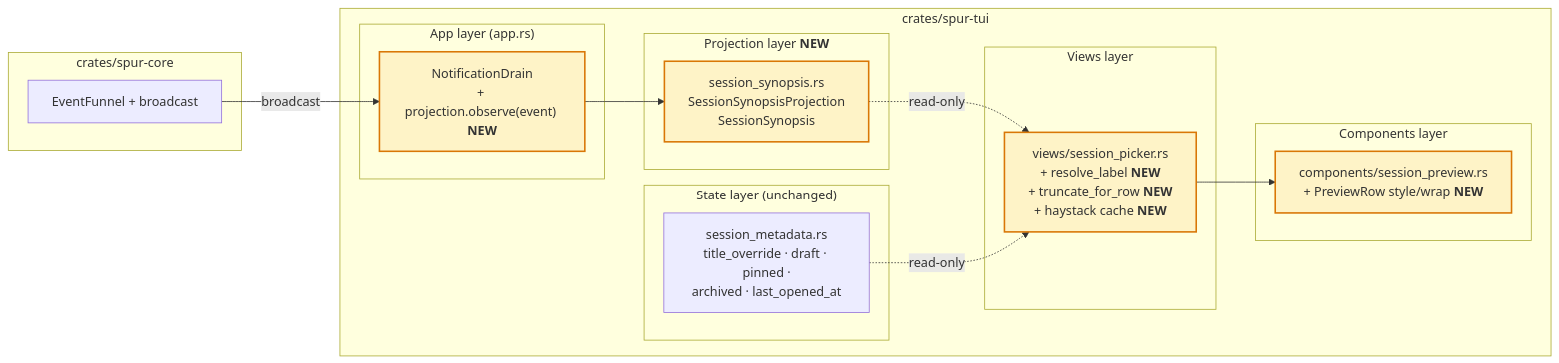
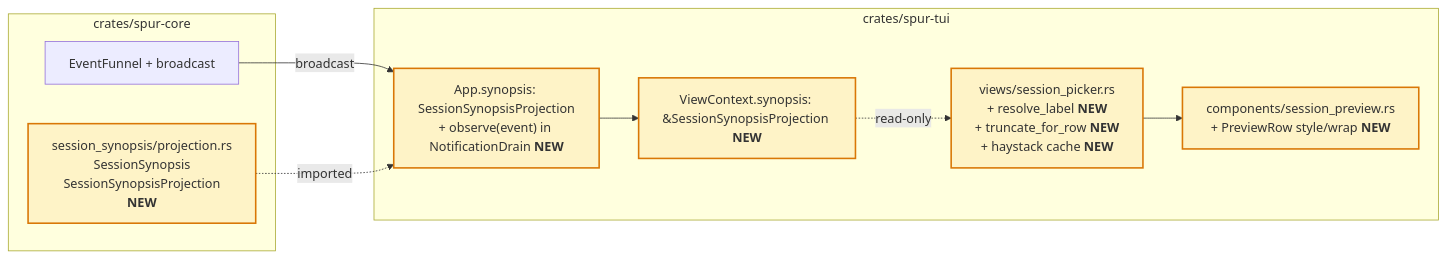
Before and after one commit to getspur/spur: the second of 2 diagrams in docs/superpowers/specs/2026-04-28-session-picker-recall-revamp-design.md, drawn with Mermaid. The commit also changed other lines of this file, not shown here.

First line of the commit message:
docs(spec): third revision — projection in core, kiro path, accumulator

````diff
--- a/docs/superpowers/specs/2026-04-28-session-picker-recall-revamp-design.md
+++ b/docs/superpowers/specs/2026-04-28-session-picker-recall-revamp-design.md
@@ -119,37 +108,23 @@
 ```mermaid
 flowchart LR
     subgraph spur_core["crates/spur-core"]
         Funnel["EventFunnel + broadcast"]
+        ProjType["session_synopsis/projection.rs<br/>SessionSynopsis<br/>SessionSynopsisProjection<br/><b>NEW</b>"]
     end
 
     subgraph spur_tui["crates/spur-tui"]
-        subgraph appLayer["App layer (app.rs)"]
-            AppPump["NotificationDrain<br/>+ projection.observe(event) <b>NEW</b>"]
-        end
-
-        subgraph projLayer["Projection layer <b>NEW</b>"]
-            Proj["session_synopsis.rs<br/>SessionSynopsisProjection<br/>SessionSynopsis"]
-        end
-
-        subgraph stateLayer["State layer (unchanged)"]
-            SM["session_metadata.rs<br/>title_override · draft · pinned ·<br/>archived · last_opened_at"]
-        end
-
-        subgraph viewsLayer["Views layer"]
-            Picker["views/session_picker.rs<br/>+ resolve_label <b>NEW</b><br/>+ truncate_for_row <b>NEW</b><br/>+ haystack cache <b>NEW</b>"]
-        end
-
-        subgraph componentsLayer["Components layer"]
-            PreviewC["components/session_preview.rs<br/>+ PreviewRow style/wrap <b>NEW</b>"]
-        end
+        App["App.synopsis: SessionSynopsisProjection<br/>+ observe&lpar;event&rpar; in NotificationDrain <b>NEW</b>"]
+        VC["ViewContext.synopsis: &SessionSynopsisProjection <b>NEW</b>"]
+        Picker["views/session_picker.rs<br/>+ resolve_label <b>NEW</b><br/>+ truncate_for_row <b>NEW</b><br/>+ haystack cache <b>NEW</b>"]
+        PreviewC["components/session_preview.rs<br/>+ PreviewRow style/wrap <b>NEW</b>"]
     end
 
-    Funnel -->|broadcast| AppPump
-    AppPump --> Proj
-    Proj -.read-only.-> Picker
-    SM -.read-only.-> Picker
+    Funnel -->|broadcast| App
+    ProjType -.imported.-> App
+    App --> VC
+    VC -.read-only.-> Picker
     Picker --> PreviewC
 
     classDef new fill:#fef3c7,stroke:#d97706,stroke-width:2px
-    class AppPump,Proj,Picker,PreviewC new
+    class ProjType,App,VC,Picker,PreviewC new
 ```
````
